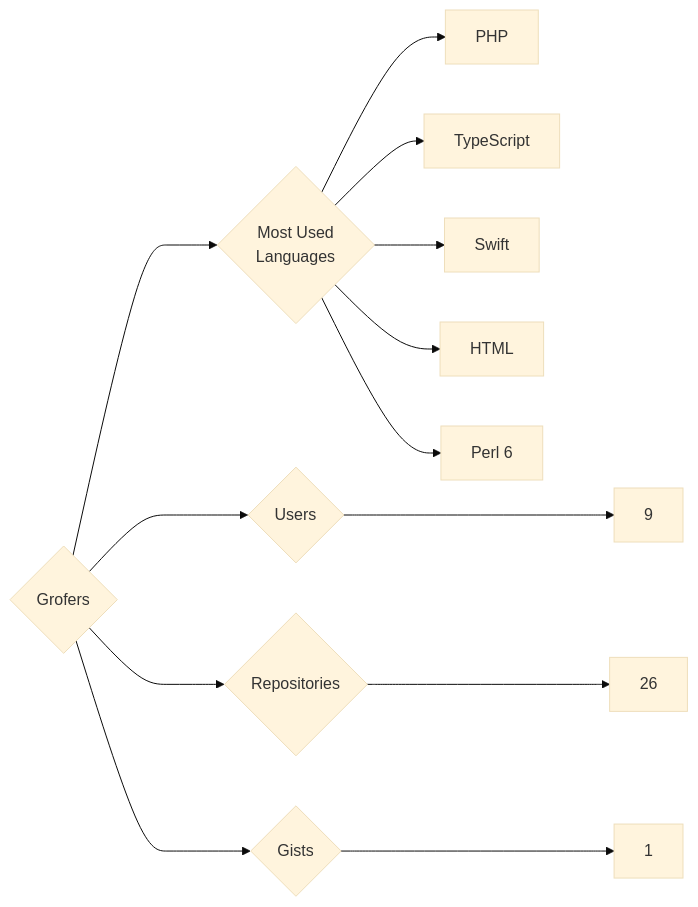
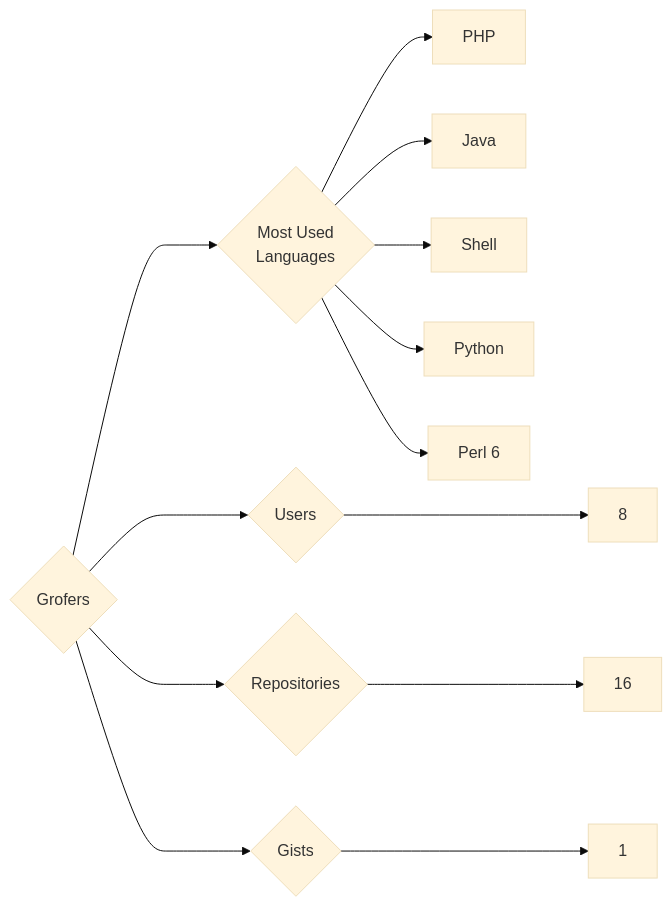
One commit to trickest/insiders changed the diagram in targets/Grofers/README.md. Above: the diagram before and after it, drawn with Mermaid (base theme). The commit also changed 1092 other files, not shown here.

````diff
--- a/targets/Grofers/README.md
+++ b/targets/Grofers/README.md
@@ -3,13 +3,13 @@
 ```mermaid
 graph LR
 COMPANY_NAME{Grofers}
-COMPANY_NAME ---> U{Users} ---> UN[9]
-COMPANY_NAME ---> R{Repositories} ---> RN[26]
+COMPANY_NAME ---> U{Users} ---> UN[8]
+COMPANY_NAME ---> R{Repositories} ---> RN[16]
 COMPANY_NAME ---> G{Gists} ---> GN[1]
 COMPANY_NAME ---> ML{Most Used<br>Languages}
 ML --> PHP[PHP]
-ML --> TypeScript[TypeScript]
-ML --> Swift[Swift]
-ML --> HTML[HTML]
+ML --> Java[Java]
+ML --> Shell[Shell]
+ML --> Python[Python]
 ML --> Perl_6[Perl 6]
 ```
````
